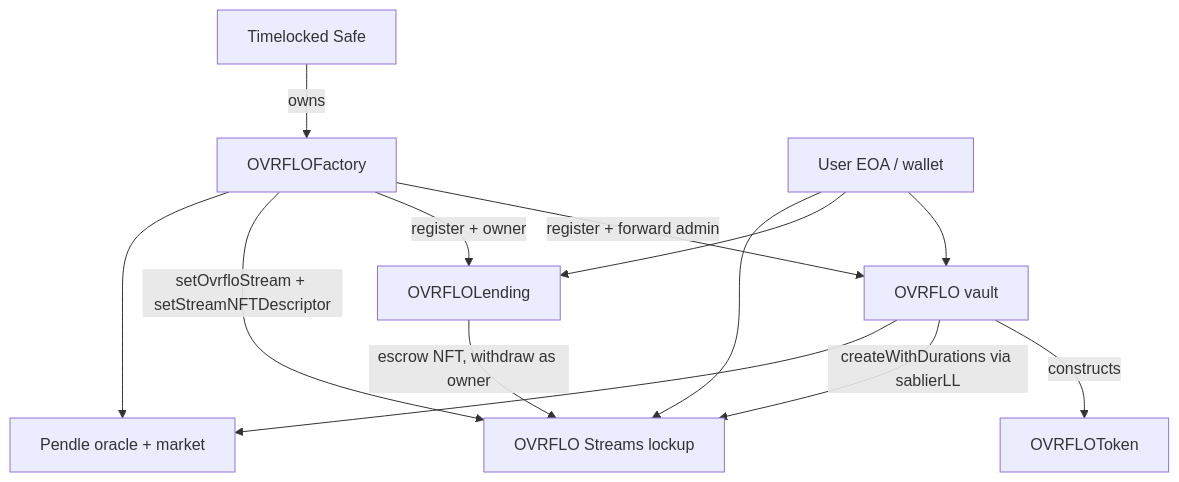
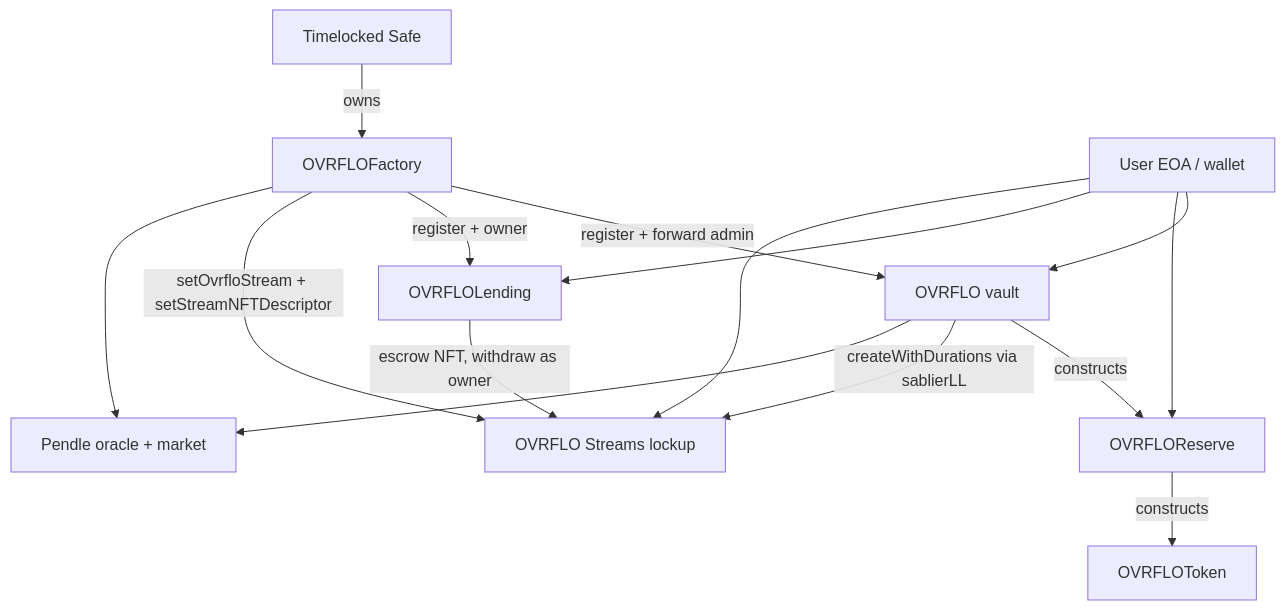
One commit to ayeslick/OVRFLO changed the diagram in docs/agents/onboarding.md. Above: the diagram before and after it, drawn with Mermaid. The commit also changed other lines of this file and 12 other files, not shown here.

First line of the commit message:
docs: Sync CS1 column architecture

````diff
--- a/docs/agents/onboarding.md
+++ b/docs/agents/onboarding.md
@@ -116,15 +118,17 @@
 ```mermaid
 flowchart TD
   Safe["Timelocked Safe"] -->|owns| Factory["OVRFLOFactory"]
   Factory -->|"register + forward admin"| Vault["OVRFLO vault"]
   Factory -->|"register + owner"| Book["OVRFLOLending"]
   Factory -->|"setOvrfloStream + setStreamNFTDescriptor"| Stream["OVRFLO Streams lockup"]
-  Vault -->|constructs| Token["OVRFLOToken"]
+  Vault -->|constructs| Reserve["OVRFLOReserve"]
+  Reserve -->|constructs| Token["OVRFLOToken"]
   User["User EOA / wallet"] --> Vault
+  User --> Reserve
   User --> Book
   User --> Stream
   Vault -->|createWithDurations via sablierLL| Stream
   Book -->|escrow NFT, withdraw as owner| Stream
   Vault --> Pendle["Pendle oracle + market"]
   Factory --> Pendle
 ```
````
